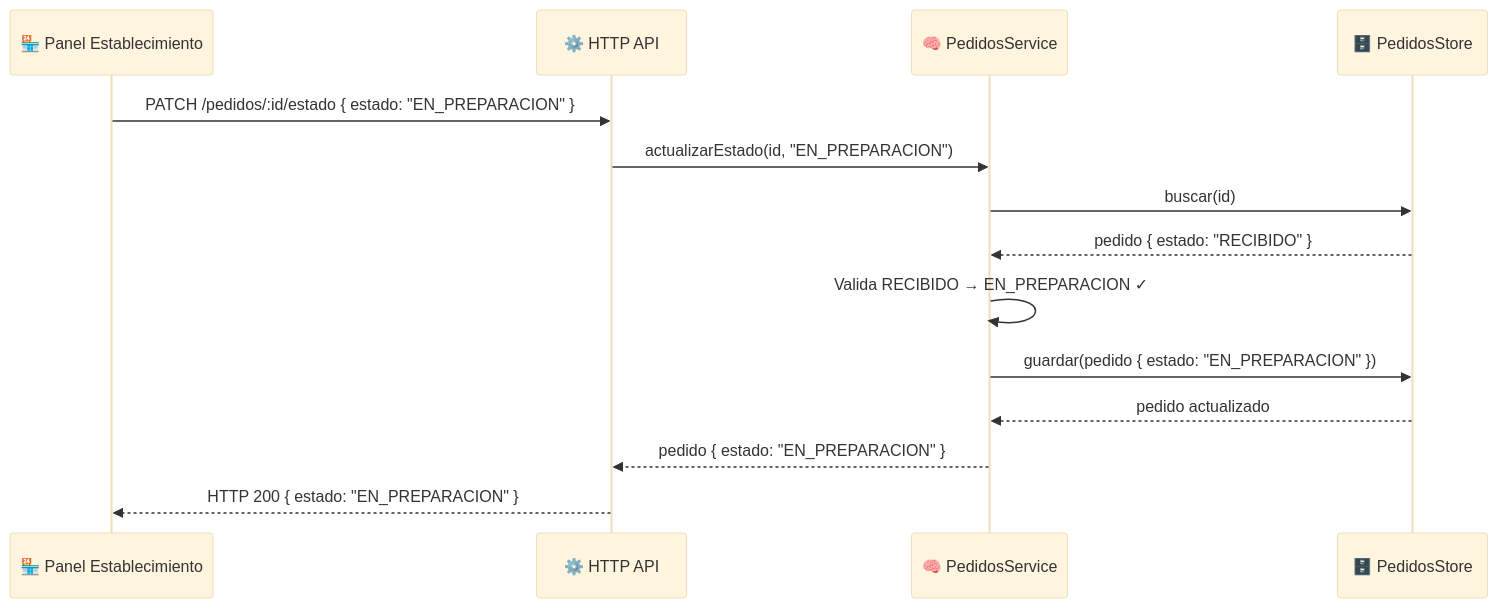
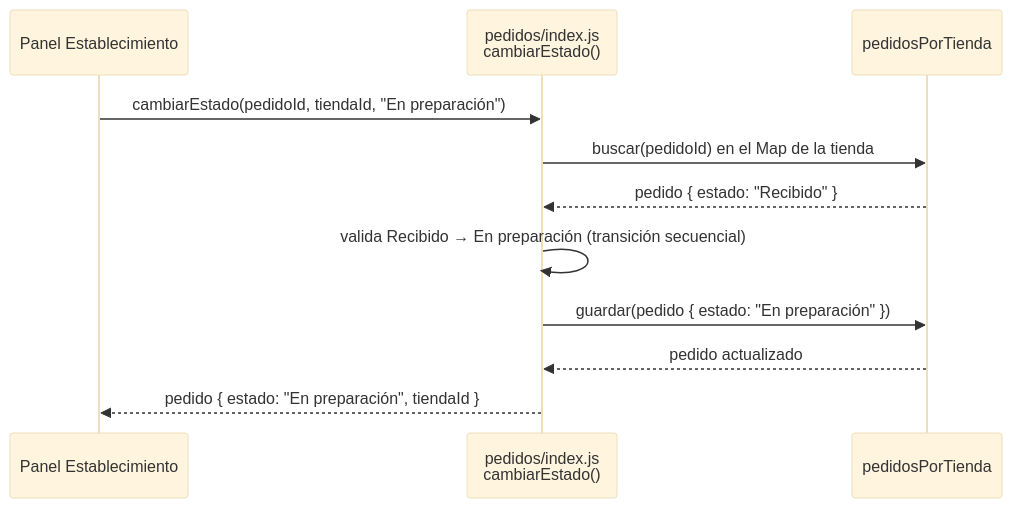
One commit to ISCOUTB/AS_202620_LaPlacita changed the fifth of 6 diagrams in docs/arc42/arc42-template-EN.md. Above: the diagram before and after it, drawn with Mermaid (base theme). The commit also changed other lines of this file and 24 other files, not shown here.

First line of the commit message:
corte-1: implementa RES-05 aislamiento por establecimiento con ADR-0004 y medición reproducible

````diff
--- a/docs/arc42/arc42-template-EN.md
+++ b/docs/arc42/arc42-template-EN.md
@@ -254,17 +260,14 @@
 ```mermaid
 sequenceDiagram
-    participant Panel as 🏪 Panel Establecimiento
-    participant API as ⚙️ HTTP API
-    participant Svc as 🧠 PedidosService
-    participant Str as 🗄️ PedidosStore
- 
-    Panel->>API: PATCH /pedidos/:id/estado { estado: "EN_PREPARACION" }
-    API->>Svc: actualizarEstado(id, "EN_PREPARACION")
-    Svc->>Str: buscar(id)
-    Str-->>Svc: pedido { estado: "RECIBIDO" }
-    Svc->>Svc: Valida RECIBIDO → EN_PREPARACION ✓
-    Svc->>Str: guardar(pedido { estado: "EN_PREPARACION" })
+    participant Panel as Panel Establecimiento
+    participant Svc as pedidos/index.js<br/>cambiarEstado()
+    participant Str as pedidosPorTienda
+
+    Panel->>Svc: cambiarEstado(pedidoId, tiendaId, "En preparación")
+    Svc->>Str: buscar(pedidoId) en el Map de la tienda
+    Str-->>Svc: pedido { estado: "Recibido" }
+    Svc->>Svc: valida Recibido → En preparación (transición secuencial)
+    Svc->>Str: guardar(pedido { estado: "En preparación" })
     Str-->>Svc: pedido actualizado
-    Svc-->>API: pedido { estado: "EN_PREPARACION" }
-    API-->>Panel: HTTP 200 { estado: "EN_PREPARACION" }
+    Svc-->>Panel: pedido { estado: "En preparación", tiendaId }
 ```
````
